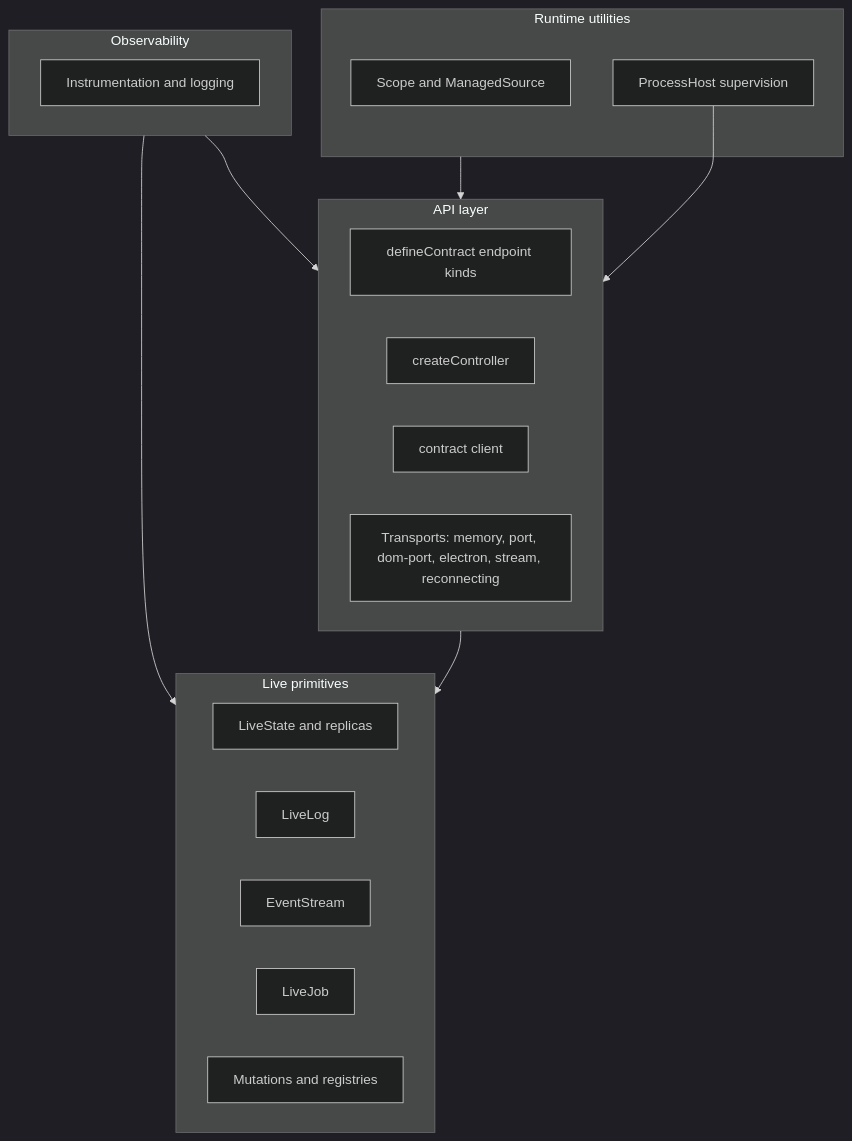
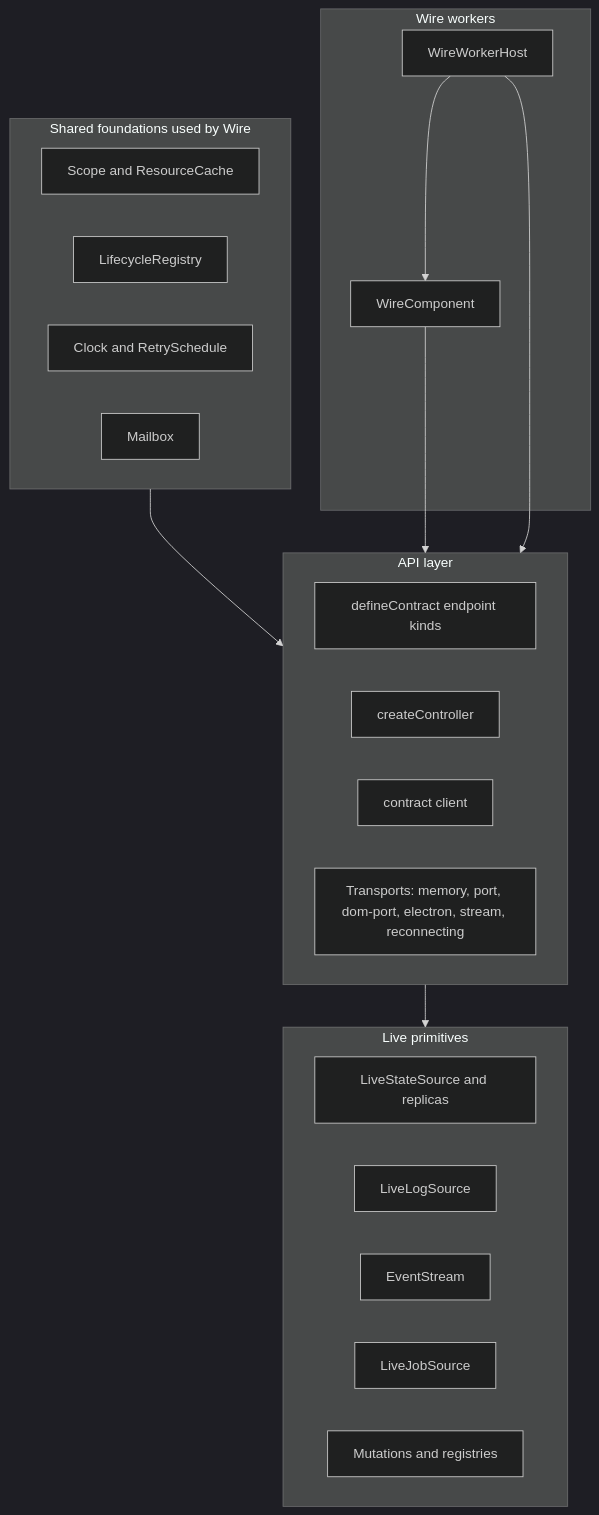
Before and after one commit to gabrielmoreira/agent-skills-mirror: the diagram in mirrors/repos/generalaction@emdash/packages/wire/docs/README.md, drawn with Mermaid (dark theme). The commit also changed other lines of this file and 2625 other files, not shown here.

````diff
--- a/mirrors/repos/generalaction@emdash/packages/wire/docs/README.md
+++ b/mirrors/repos/generalaction@emdash/packages/wire/docs/README.md
@@ -9,27 +10,30 @@
 ```mermaid
 flowchart TB
-  subgraph runtime [Runtime utilities]
-    scope[Scope and ManagedSource]
-    processHost[ProcessHost supervision]
+  subgraph shared [Shared foundations used by Wire]
+    scope[Scope and ResourceCache]
+    registry[LifecycleRegistry]
+    scheduling[Clock and RetrySchedule]
+    mailbox[Mailbox]
   end
   subgraph api [API layer]
     contracts[defineContract endpoint kinds]
     controller[createController]
     client[contract client]
     transports[Transports: memory, port, dom-port, electron, stream, reconnecting]
   end
   subgraph live [Live primitives]
-    model[LiveState and replicas]
-    log[LiveLog]
+    model[LiveStateSource and replicas]
+    log[LiveLogSource]
     eventStream[EventStream]
-    job[LiveJob]
+    job[LiveJobSource]
     mutations[Mutations and registries]
   end
-  subgraph observability [Observability]
-    instrumentation[Instrumentation and logging]
+  subgraph workers [Wire workers]
+    component[WireComponent]
+    workerHost[WireWorkerHost]
   end
-  runtime --> api --> live
-  observability --> api
-  observability --> live
-  processHost --> api
+  shared --> api --> live
+  component --> api
+  workerHost --> api
+  workerHost --> component
 ```
````
